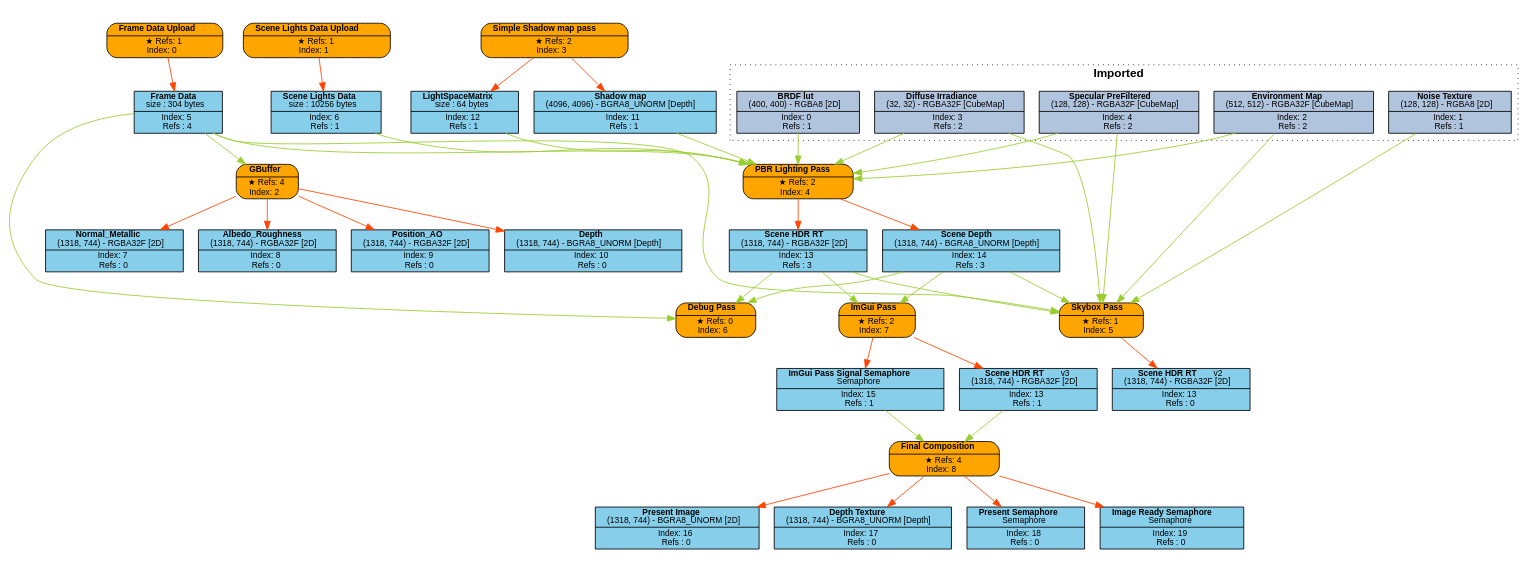
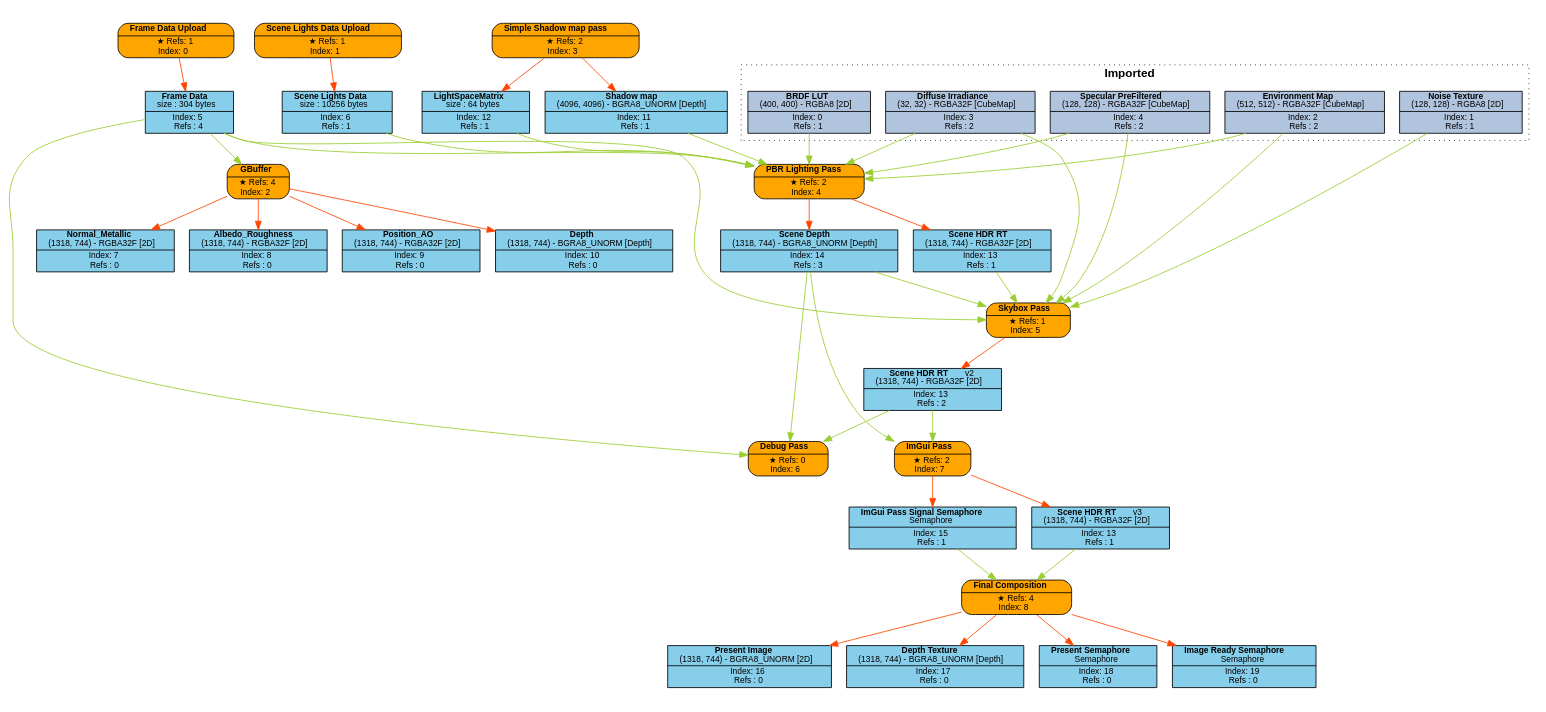
The diagram in Engine/content/FrameGraphs/pbr_lighting_test.dot (Pikachuxxxx/Razix), drawn with Graphviz before and after one commit. The commit also changed 31 other files, not shown here.

Commit message:
refactored frame graph passes to compile properly;

```diff
--- a/Engine/content/FrameGraphs/pbr_lighting_test.dot
+++ b/Engine/content/FrameGraphs/pbr_lighting_test.dot
@@ -1,104 +1,104 @@
 digraph FrameGraph {
 graph [style=invis, rankdir="TB" ordering=out, splines=spline]
 node [shape=record, fontname="helvetica", fontsize=10, margin="0.2,0.03"]
 
 P0 [label=<{ {<B>Frame Data Upload</B>} | {&#x2605; Refs: 1<BR/> Index: 0} }> style="rounded,filled", fillcolor=orange]
 P1 [label=<{ {<B>Scene Lights Data Upload</B>} | {&#x2605; Refs: 1<BR/> Index: 1} }> style="rounded,filled", fillcolor=orange]
 P2 [label=<{ {<B>GBuffer</B>} | {&#x2605; Refs: 4<BR/> Index: 2} }> style="rounded,filled", fillcolor=orange]
 P3 [label=<{ {<B>Simple Shadow map pass</B>} | {&#x2605; Refs: 2<BR/> Index: 3} }> style="rounded,filled", fillcolor=orange]
 P4 [label=<{ {<B>PBR Lighting Pass</B>} | {&#x2605; Refs: 2<BR/> Index: 4} }> style="rounded,filled", fillcolor=orange]
 P5 [label=<{ {<B>Skybox Pass</B>} | {&#x2605; Refs: 1<BR/> Index: 5} }> style="rounded,filled", fillcolor=orange]
 P6 [label=<{ {<B>Debug Pass</B>} | {&#x2605; Refs: 0<BR/> Index: 6} }> style="rounded,filled", fillcolor=orange]
 P7 [label=<{ {<B>ImGui Pass</B>} | {&#x2605; Refs: 2<BR/> Index: 7} }> style="rounded,filled", fillcolor=orange]
 P8 [label=<{ {<B>Final Composition</B>} | {&#x2605; Refs: 4<BR/> Index: 8} }> style="rounded,filled", fillcolor=orange]
 
-R0_1 [label=<{ {<B>BRDF lut</B><BR/>(400, 400) - RGBA8 [2D]} | {Index: 0<BR/>Refs : 1} }> style=filled, fillcolor=lightsteelblue]
+R0_1 [label=<{ {<B>BRDF LUT</B><BR/>(400, 400) - RGBA8 [2D]} | {Index: 0<BR/>Refs : 1} }> style=filled, fillcolor=lightsteelblue]
 R1_1 [label=<{ {<B>Noise Texture</B><BR/>(128, 128) - RGBA8 [2D]} | {Index: 1<BR/>Refs : 1} }> style=filled, fillcolor=lightsteelblue]
 R2_1 [label=<{ {<B>Environment Map</B><BR/>(512, 512) - RGBA32F [CubeMap]} | {Index: 2<BR/>Refs : 2} }> style=filled, fillcolor=lightsteelblue]
 R3_1 [label=<{ {<B>Diffuse Irradiance</B><BR/>(32, 32) - RGBA32F [CubeMap]} | {Index: 3<BR/>Refs : 2} }> style=filled, fillcolor=lightsteelblue]
 R4_1 [label=<{ {<B>Specular PreFiltered</B><BR/>(128, 128) - RGBA32F [CubeMap]} | {Index: 4<BR/>Refs : 2} }> style=filled, fillcolor=lightsteelblue]
 R5_1 [label=<{ {<B>Frame Data</B><BR/>size : 304 bytes} | {Index: 5<BR/>Refs : 4} }> style=filled, fillcolor=skyblue]
 R6_1 [label=<{ {<B>Scene Lights Data</B><BR/>size : 10256 bytes} | {Index: 6<BR/>Refs : 1} }> style=filled, fillcolor=skyblue]
 R7_1 [label=<{ {<B>Normal_Metallic</B><BR/>(1318, 744) - RGBA32F [2D]} | {Index: 7<BR/>Refs : 0} }> style=filled, fillcolor=skyblue]
 R8_1 [label=<{ {<B>Albedo_Roughness</B><BR/>(1318, 744) - RGBA32F [2D]} | {Index: 8<BR/>Refs : 0} }> style=filled, fillcolor=skyblue]
 R9_1 [label=<{ {<B>Position_AO</B><BR/>(1318, 744) - RGBA32F [2D]} | {Index: 9<BR/>Refs : 0} }> style=filled, fillcolor=skyblue]
 R10_1 [label=<{ {<B>Depth</B><BR/>(1318, 744) - BGRA8_UNORM [Depth]} | {Index: 10<BR/>Refs : 0} }> style=filled, fillcolor=skyblue]
 R11_1 [label=<{ {<B>Shadow map</B><BR/>(4096, 4096) - BGRA8_UNORM [Depth]} | {Index: 11<BR/>Refs : 1} }> style=filled, fillcolor=skyblue]
 R12_1 [label=<{ {<B>LightSpaceMatrix</B><BR/>size : 64 bytes} | {Index: 12<BR/>Refs : 1} }> style=filled, fillcolor=skyblue]
-R13_1 [label=<{ {<B>Scene HDR RT</B><BR/>(1318, 744) - RGBA32F [2D]} | {Index: 13<BR/>Refs : 3} }> style=filled, fillcolor=skyblue]
+R13_1 [label=<{ {<B>Scene HDR RT</B><BR/>(1318, 744) - RGBA32F [2D]} | {Index: 13<BR/>Refs : 1} }> style=filled, fillcolor=skyblue]
 R14_1 [label=<{ {<B>Scene Depth</B><BR/>(1318, 744) - BGRA8_UNORM [Depth]} | {Index: 14<BR/>Refs : 3} }> style=filled, fillcolor=skyblue]
-R13_2 [label=<{ {<B>Scene HDR RT</B>   <FONT>v2</FONT><BR/>(1318, 744) - RGBA32F [2D]} | {Index: 13<BR/>Refs : 0} }> style=filled, fillcolor=skyblue]
+R13_2 [label=<{ {<B>Scene HDR RT</B>   <FONT>v2</FONT><BR/>(1318, 744) - RGBA32F [2D]} | {Index: 13<BR/>Refs : 2} }> style=filled, fillcolor=skyblue]
 R15_1 [label=<{ {<B>ImGui Pass Signal Semaphore</B><BR/>Semaphore} | {Index: 15<BR/>Refs : 1} }> style=filled, fillcolor=skyblue]
 R13_3 [label=<{ {<B>Scene HDR RT</B>   <FONT>v3</FONT><BR/>(1318, 744) - RGBA32F [2D]} | {Index: 13<BR/>Refs : 1} }> style=filled, fillcolor=skyblue]
 R16_1 [label=<{ {<B>Present Image</B><BR/>(1318, 744) - BGRA8_UNORM [2D]} | {Index: 16<BR/>Refs : 0} }> style=filled, fillcolor=skyblue]
 R17_1 [label=<{ {<B>Depth Texture</B><BR/>(1318, 744) - BGRA8_UNORM [Depth]} | {Index: 17<BR/>Refs : 0} }> style=filled, fillcolor=skyblue]
 R18_1 [label=<{ {<B>Present Semaphore</B><BR/>Semaphore} | {Index: 18<BR/>Refs : 0} }> style=filled, fillcolor=skyblue]
 R19_1 [label=<{ {<B>Image Ready Semaphore</B><BR/>Semaphore} | {Index: 19<BR/>Refs : 0} }> style=filled, fillcolor=skyblue]
 
 P0 -> { R5_1 } [color=orangered]
 P1 -> { R6_1 } [color=orangered]
 P2 -> { R7_1 R8_1 R9_1 R10_1 } [color=orangered]
 P3 -> { R11_1 R12_1 } [color=orangered]
 P4 -> { R13_1 R14_1 } [color=orangered]
 P5 -> { R13_2 } [color=orangered]
 P6 -> { } [color=orangered]
 P7 -> { R13_3 R15_1 } [color=orangered]
 P8 -> { R16_1 R17_1 R18_1 R19_1 } [color=orangered]
 
 R0_1 -> { P4 } [color=olivedrab3]
 R1_1 -> { P5 } [color=olivedrab3]
 R2_1 -> { P4 P5 } [color=olivedrab3]
 R3_1 -> { P4 P5 } [color=olivedrab3]
 R4_1 -> { P4 P5 } [color=olivedrab3]
 R5_1 -> { P2 P4 P5 P6 } [color=olivedrab3]
 R6_1 -> { P4 } [color=olivedrab3]
 R7_1 -> { } [color=olivedrab3]
 R8_1 -> { } [color=olivedrab3]
 R9_1 -> { } [color=olivedrab3]
 R10_1 -> { } [color=olivedrab3]
 R11_1 -> { P4 } [color=olivedrab3]
 R12_1 -> { P4 } [color=olivedrab3]
-R13_1 -> { P5 P6 P7 } [color=olivedrab3]
+R13_1 -> { P5 } [color=olivedrab3]
 R14_1 -> { P5 P6 P7 } [color=olivedrab3]
-R13_2 -> { } [color=olivedrab3]
+R13_2 -> { P6 P7 } [color=olivedrab3]
 R15_1 -> { P8 } [color=olivedrab3]
 R13_3 -> { P8 } [color=olivedrab3]
 R16_1 -> { } [color=olivedrab3]
 R17_1 -> { } [color=olivedrab3]
 R18_1 -> { } [color=olivedrab3]
 R19_1 -> { } [color=olivedrab3]
 
 subgraph cluster_0 {
 P0 R5_1 
 }
 subgraph cluster_1 {
 P1 R6_1 
 }
 subgraph cluster_2 {
 P2 R7_1 R8_1 R9_1 R10_1 
 }
 subgraph cluster_3 {
 P3 R11_1 R12_1 
 }
 subgraph cluster_4 {
 P4 R13_1 R14_1 
 }
 subgraph cluster_5 {
 P5 
 }
 subgraph cluster_6 {
 P6 
 }
 subgraph cluster_7 {
 P7 R15_1 
 }
 subgraph cluster_8 {
 P8 R16_1 R17_1 R18_1 R19_1 
 }
 
 subgraph cluster_imported_resources {
 graph [style=dotted, fontname="helvetica", label=< <B>Imported</B> >]
 R0_1 R1_1 R2_1 R3_1 R4_1 
 }
 
 }
```
